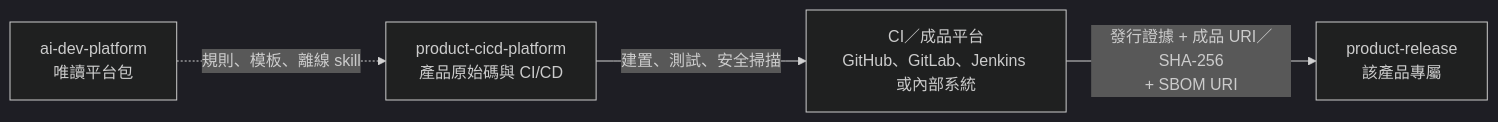
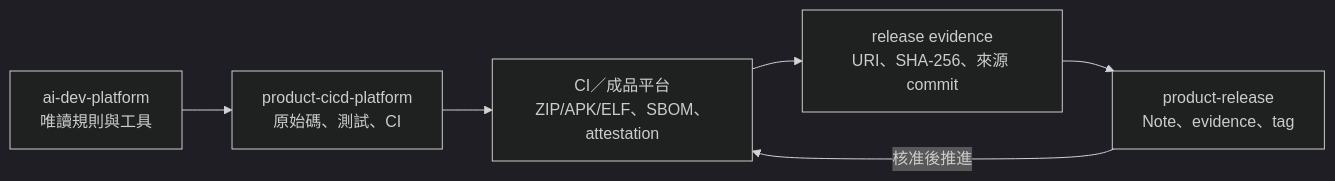
The diagram in README.md (JiaChangGit/ai_dev_platform-cicd-platform), drawn with Mermaid (dark theme) before and after one commit. The commit also changed other lines of this file and 3759 other files, not shown here.

````diff
--- a/README.md
+++ b/README.md
@@ -41,6 +17,8 @@
 ```mermaid
 flowchart LR
-    A["ai-dev-platform<br/>唯讀平台包"] -.->|"規則、模板、離線 skill"| B["product-cicd-platform<br/>產品原始碼與 CI/CD"]
-    B -->|"建置、測試、安全掃描"| C["CI／成品平台<br/>GitHub、GitLab、Jenkins 或內部系統"]
-    C -->|"發行證據 + 成品 URI／SHA-256<br/>+ SBOM URI"| D["product-release<br/>該產品專屬"]
+    P["ai-dev-platform<br/>唯讀規則與工具"] --> D["product-cicd-platform<br/>原始碼、測試、CI"]
+    D --> A["CI／成品平台<br/>ZIP/APK/ELF、SBOM、attestation"]
+    A --> E["release evidence<br/>URI、SHA-256、來源 commit"]
+    E --> R["product-release<br/>Note、evidence、tag"]
+    R -->|核准後推進| A
 ```
````
